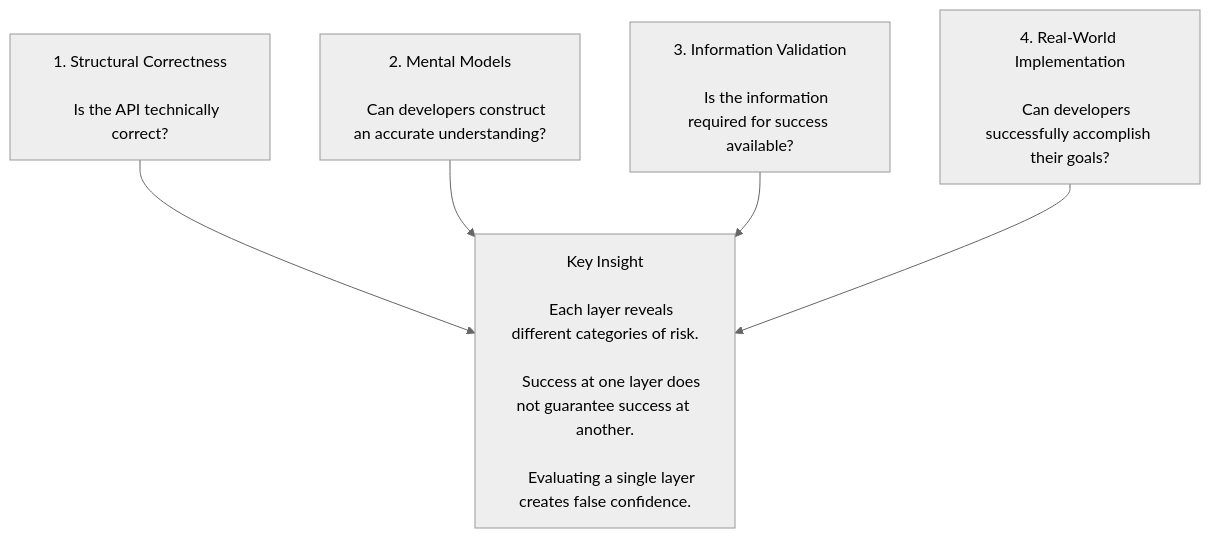
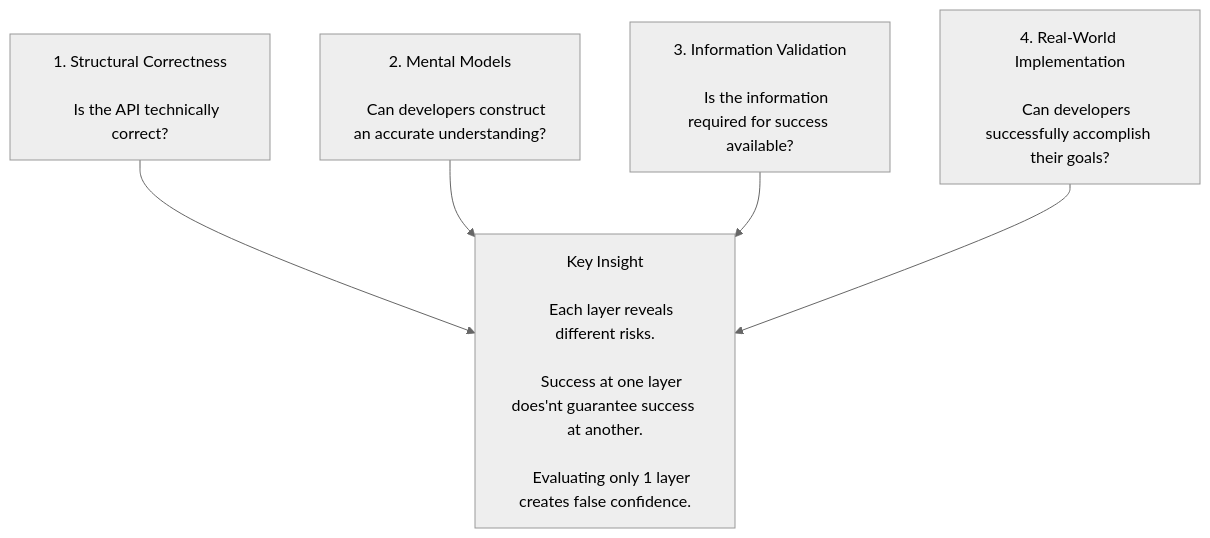
Before and after one commit to alizas1/dx-evaluation-framework: the diagram in 01-Evaluating-API-Dev-Experience.md, drawn with Mermaid (neutral theme). The commit also changed other lines of this file, not shown here.

````diff
--- a/01-Evaluating-API-Dev-Experience.md
+++ b/01-Evaluating-API-Dev-Experience.md
@@ -28,32 +24,32 @@
 ```mermaid
-flowchart TB
+flowchart TD
 
     A["1. Structural Correctness
 
     Is the API technically correct?"]
 
     B["2. Mental Models
 
     Can developers construct an accurate understanding?"]
 
     C["3. Information Validation
 
     Is the information required for success available?"]
 
     D["4. Real-World Implementation
 
     Can developers successfully accomplish their goals?"]
 
+    E["Key Insight
+
+    Each layer reveals different risks.
+
+    Success at one layer does'nt guarantee success at another.
+
+    Evaluating only 1 layer creates false confidence."]
+
     A --> E
     B --> E
     C --> E
     D --> E
-
-    E["Key Insight
-
-    Each layer reveals different categories of risk.
-
-    Success at one layer does not guarantee success at another.
-
-    Evaluating a single layer creates false confidence."]
 ```
````
